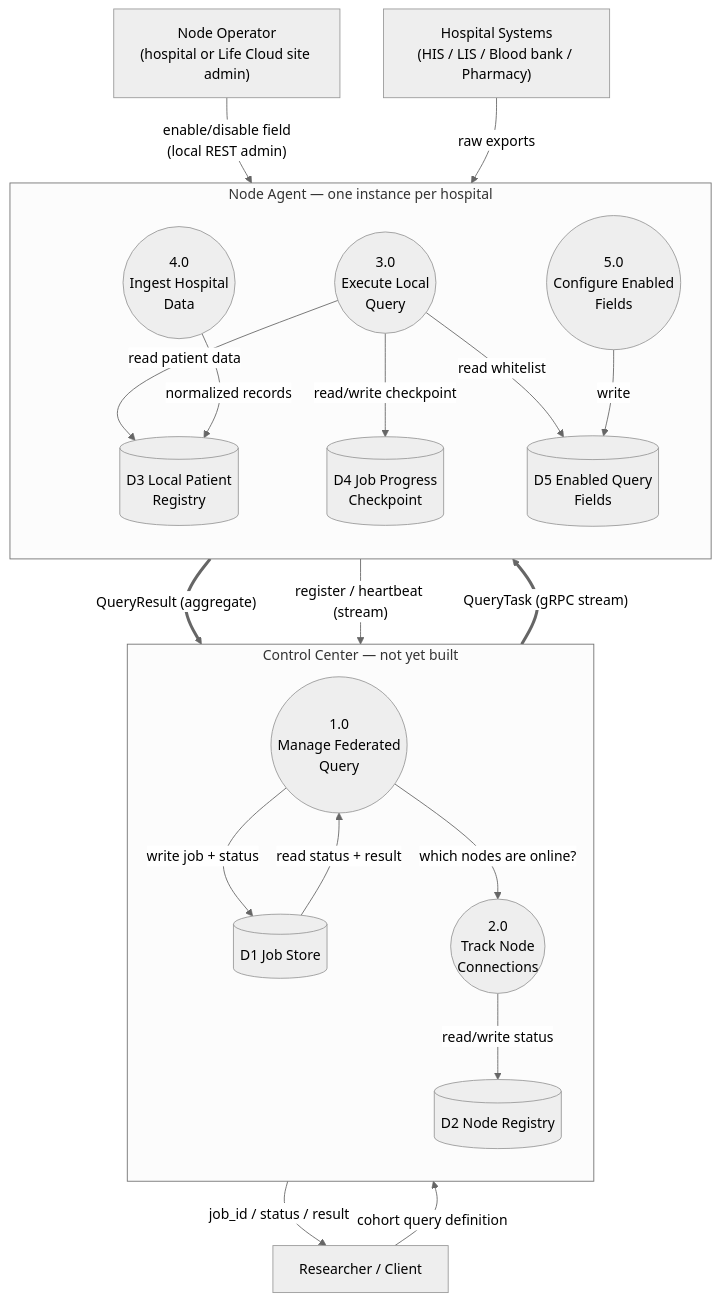
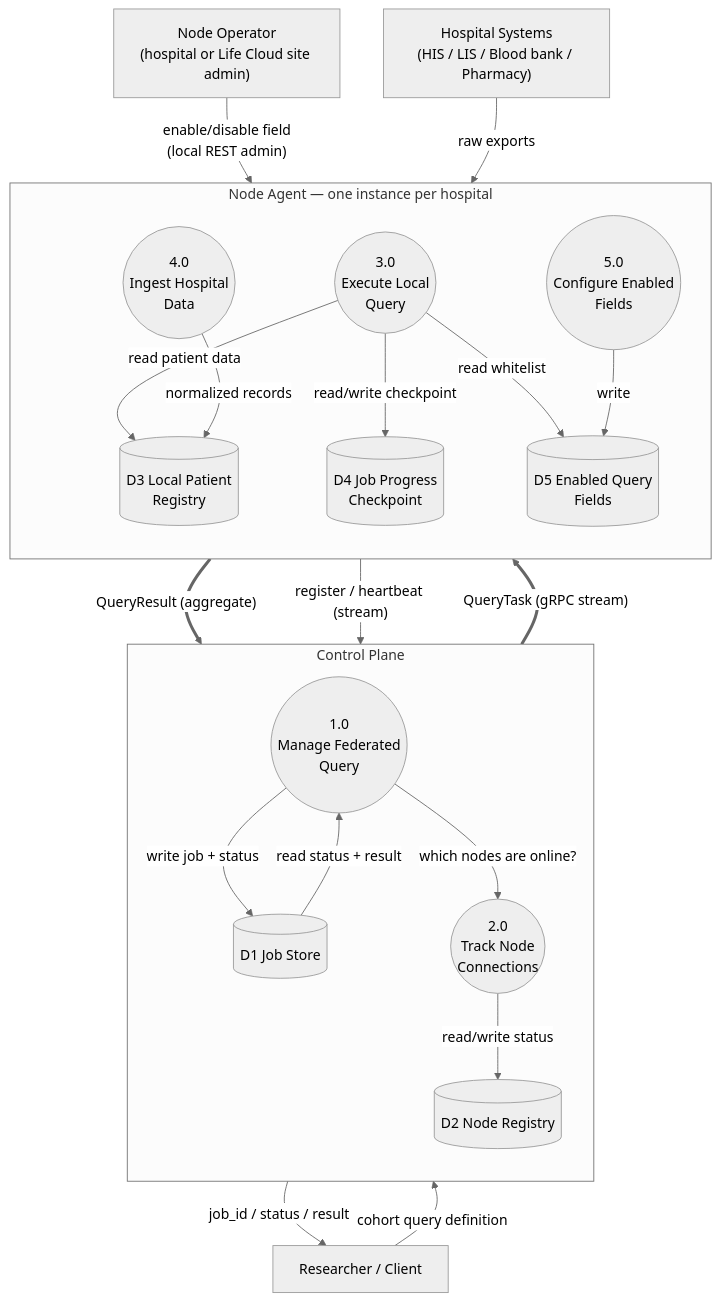
One commit to trungnt1811/life-cloud-agent-node changed the second of 6 diagrams in docs/product/federated-query-flow.md. Above: the diagram before and after it, drawn with Mermaid (neutral theme). The commit also changed other lines of this file and 12 other files, not shown here.

````diff
--- a/docs/product/federated-query-flow.md
+++ b/docs/product/federated-query-flow.md
@@ -43,41 +43,41 @@
 ```mermaid
 flowchart TB
   RESEARCHER["Researcher / Client"]
   HIS["Hospital Systems<br/>(HIS / LIS / Blood bank / Pharmacy)"]
   OPERATOR["Node Operator<br/>(hospital or Life Cloud site admin)"]
 
-  subgraph CC["Control Center — not yet built"]
+  subgraph CC["Control Plane"]
     direction TB
     P1(("1.0<br/>Manage Federated<br/>Query"))
     P2(("2.0<br/>Track Node<br/>Connections"))
     D1[("D1 Job Store")]
     D2[("D2 Node Registry")]
   end
 
   subgraph NODE["Node Agent — one instance per hospital"]
     direction TB
     P3(("3.0<br/>Execute Local<br/>Query"))
     P4(("4.0<br/>Ingest Hospital<br/>Data"))
     P5(("5.0<br/>Configure Enabled<br/>Fields"))
     D3[("D3 Local Patient<br/>Registry")]
     D4[("D4 Job Progress<br/>Checkpoint")]
     D5[("D5 Enabled Query<br/>Fields")]
   end
 
   RESEARCHER -- "cohort query definition" --> P1
   P1 -- "job_id / status / result" --> RESEARCHER
   P1 -- "write job + status" --> D1
   D1 -- "read status + result" --> P1
   P1 -- "which nodes are online?" --> P2
   P2 -- "read/write status" --> D2
   P1 == "QueryTask (gRPC stream)" ==> P3
   P3 == "QueryResult (aggregate)" ==> P1
   P3 -- "register / heartbeat (stream)" --> P2
   P3 -- "read patient data" --> D3
   P3 -- "read/write checkpoint" --> D4
   P3 -- "read whitelist" --> D5
   OPERATOR -- "enable/disable field<br/>(local REST admin)" --> P5
   P5 -- "write" --> D5
   HIS -- "raw exports" --> P4
   P4 -- "normalized records" --> D3
 ```
````
